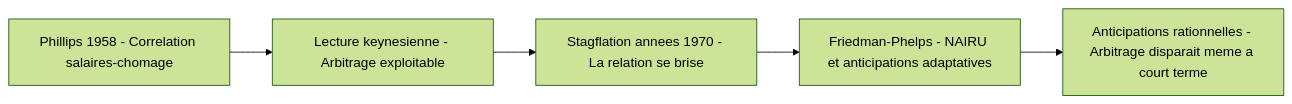
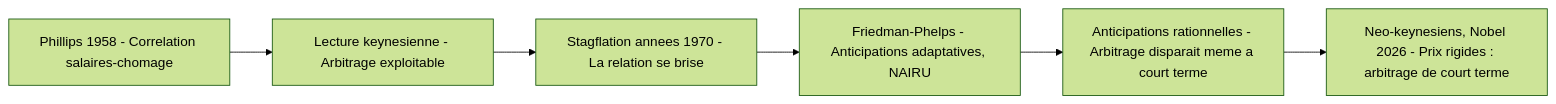
The third of 3 diagrams in slides/cm07.qmd (PierreBeaucoral/macro1-aes), drawn with Mermaid (forest theme) before and after one commit. The commit also changed other lines of this file and 4 other files, not shown here.

First line of the commit message:
CM 7 et Chapitre II : prix Nobel 2026 (Hall-Woodford), synthèse néo-keynésienne

````diff
--- a/slides/cm07.qmd
+++ b/slides/cm07.qmd
@@ -660,8 +681,9 @@
 ```{mermaid}
-%%| fig-cap: "Quatre ruptures théoriques jalonnent l'histoire de la courbe de Phillips : de la corrélation empirique de 1958 à la disparition complète de l'arbitrage avec les anticipations rationnelles."
+%%| fig-cap: "Cinq ruptures théoriques jalonnent l'histoire de la courbe de Phillips : de la corrélation empirique de 1958 à la disparition de l'arbitrage avec les anticipations rationnelles, puis à son retour à court terme avec la synthèse néo-keynésienne (prix rigides)."
 flowchart LR
     A[Phillips 1958 - Correlation salaires-chomage] --> B[Lecture keynesienne - Arbitrage exploitable]
     B --> C[Stagflation annees 1970 - La relation se brise]
-    C --> D[Friedman-Phelps - NAIRU et anticipations adaptatives]
+    C --> D[Friedman-Phelps - Anticipations adaptatives, NAIRU]
     D --> E[Anticipations rationnelles - Arbitrage disparait meme a court terme]
+    E --> F[Neo-keynesiens, Nobel 2026 - Prix rigides : arbitrage de court terme]
 ```
````
